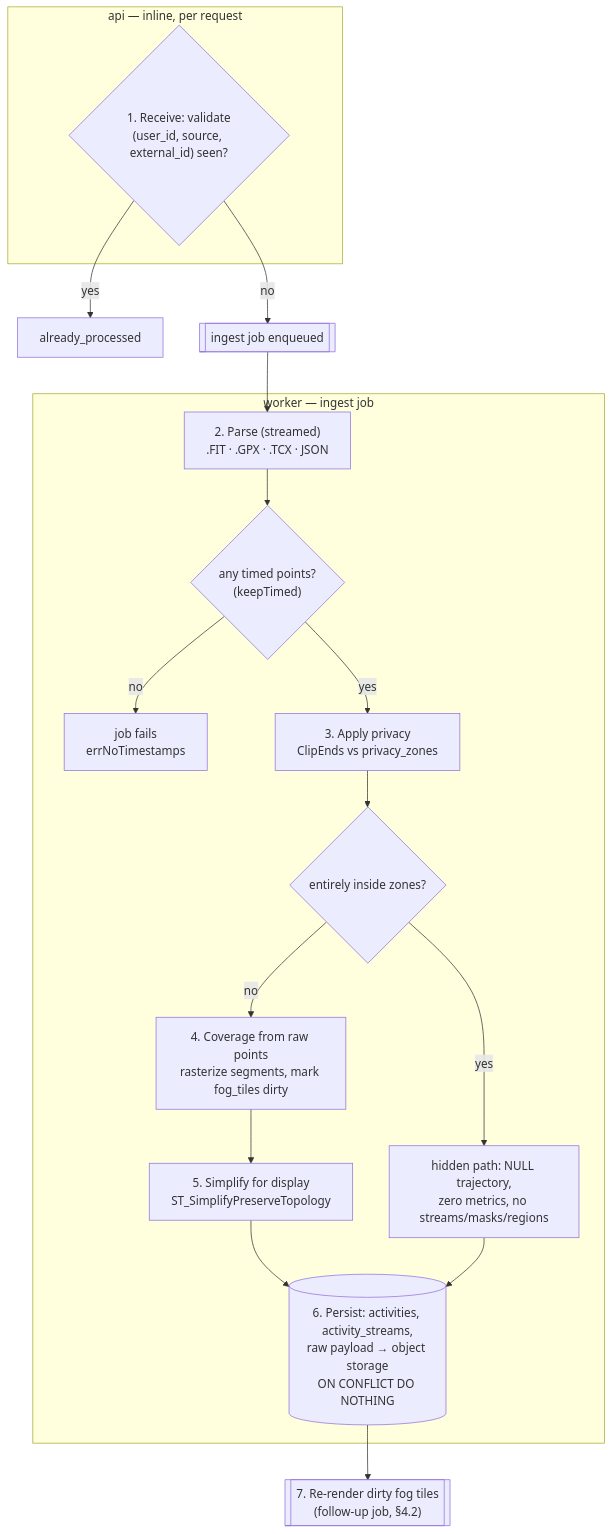
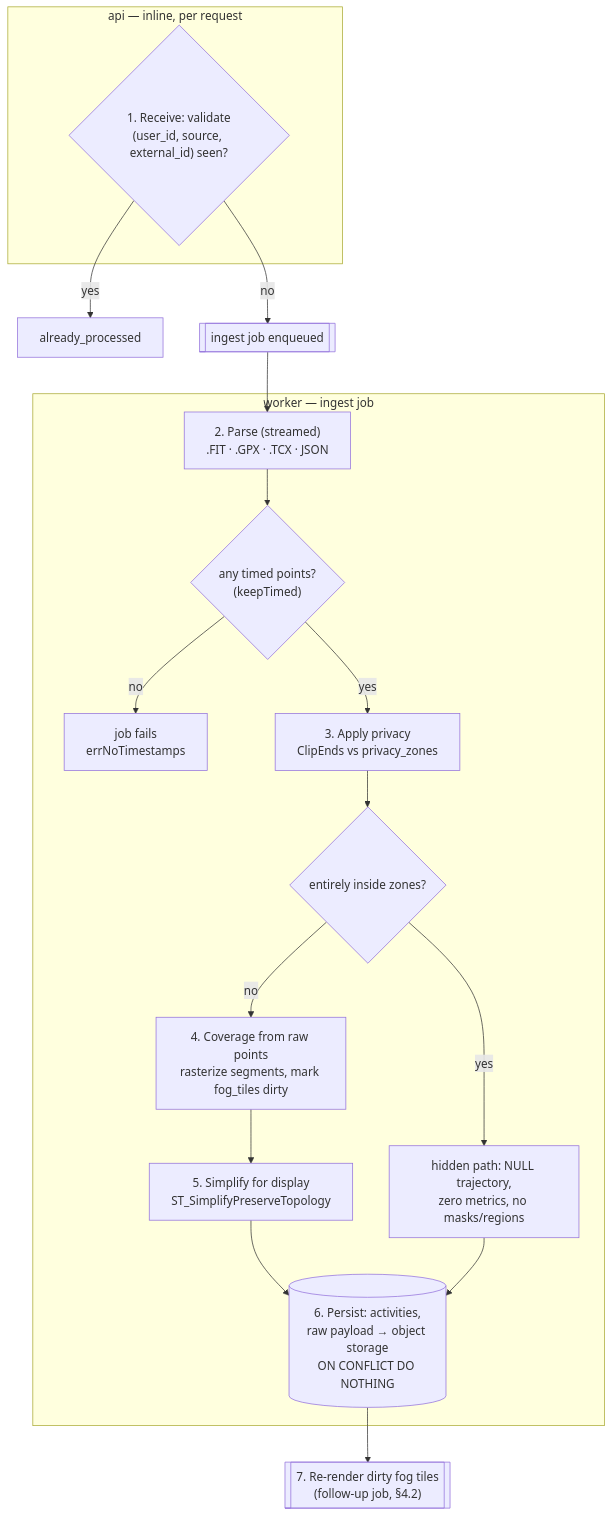
Before and after one commit to HoldMyTrack/holdmytrack: the second of 2 diagrams in docs/IMPLEMENTATION.md, drawn with Mermaid. The commit also changed other lines of this file and 15 other files, not shown here.

First line of the commit message:
Drop activity_streams and drop the dormancy policy; write users.last_seen_at

````diff
--- a/docs/IMPLEMENTATION.md
+++ b/docs/IMPLEMENTATION.md
@@ -255,21 +251,21 @@
 ```mermaid
 flowchart TD
     subgraph API["api — inline, per request"]
         s1{"1. Receive: validate<br/>(user_id, source, external_id) seen?"}
     end
     s1 -->|yes| dup["already_processed"]
     s1 -->|no| q[["ingest job enqueued"]]
     subgraph W["worker — ingest job"]
         s2["2. Parse (streamed)<br/>.FIT · .GPX · .TCX · JSON"] --> timed{"any timed points?<br/>(keepTimed)"}
         timed -->|no| fail["job fails<br/>errNoTimestamps"]
         timed -->|yes| s3["3. Apply privacy<br/>ClipEnds vs privacy_zones"]
         s3 --> inside{"entirely inside zones?"}
-        inside -->|yes| hidden["hidden path: NULL trajectory,<br/>zero metrics, no streams/masks/regions"]
+        inside -->|yes| hidden["hidden path: NULL trajectory,<br/>zero metrics, no masks/regions"]
         inside -->|no| s4["4. Coverage from raw points<br/>rasterize segments, mark fog_tiles dirty"]
         s4 --> s5["5. Simplify for display<br/>ST_SimplifyPreserveTopology"]
-        s5 --> s6[("6. Persist: activities, activity_streams,<br/>raw payload → object storage<br/>ON CONFLICT DO NOTHING")]
+        s5 --> s6[("6. Persist: activities,<br/>raw payload → object storage<br/>ON CONFLICT DO NOTHING")]
         hidden --> s6
     end
     q --> s2
     s6 --> s7[["7. Re-render dirty fog tiles<br/>(follow-up job, §4.2)"]]
 ```
````
